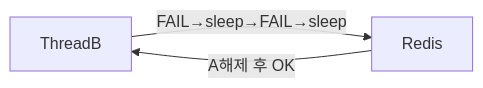
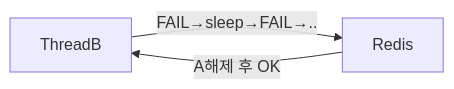
Before and after one commit to yjkim2015/yjkim2015.github.io: the fourth of 15 diagrams in _posts/redis/2026-05-01-redis-distributed-lock.md, drawn with Mermaid. The commit also changed other lines of this file and 149 other files, not shown here.

First line of the commit message:
Mermaid 가독성 개선: 라벨 축약, 노드 축소, TD→LR 변환

````diff
--- a/_posts/redis/2026-05-01-redis-distributed-lock.md
+++ b/_posts/redis/2026-05-01-redis-distributed-lock.md
@@ -215,5 +215,5 @@
 ```mermaid
 graph LR
-    B["ThreadB"] -->|FAIL→sleep→FAIL→sleep| R["Redis"]
+    B["ThreadB"] -->|FAIL→sleep→FAIL→..| R["Redis"]
     R -->|A해제 후 OK| B
 ```
````
